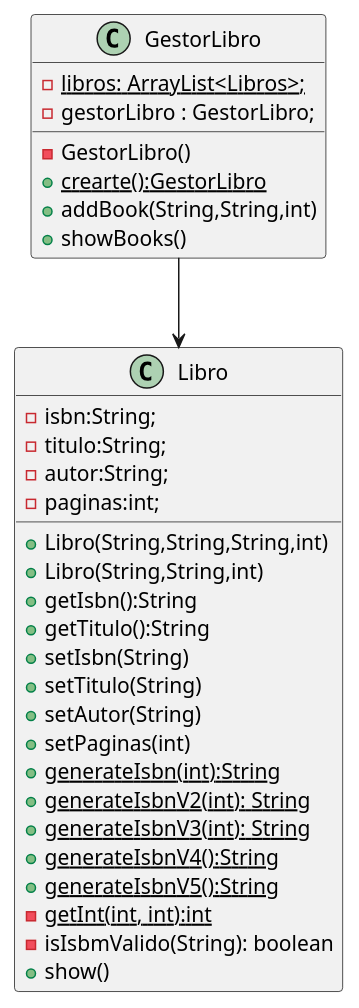
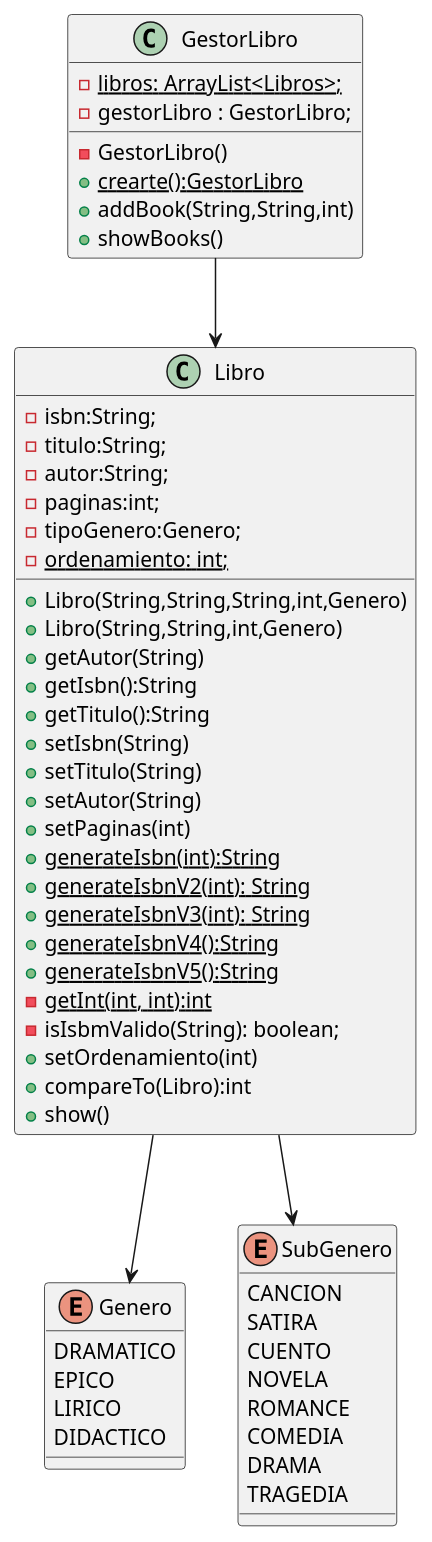
One commit to FacundoSC/Libros changed the diagram in diagramaClases.puml. Above: the diagram before and after it, drawn with PlantUML. The commit also changed 9 other files, not shown here.

```diff
--- a/diagramaClases.puml
+++ b/diagramaClases.puml
@@ -2,36 +2,62 @@
 @startuml
 GestorLibro--> Libro 
 
+Libro --> Genero
+Libro --> SubGenero
 class GestorLibro{
 -{static} libros: ArrayList<Libros>;
 - gestorLibro : GestorLibro;
 - GestorLibro()
 +{static}crearte():GestorLibro
 +addBook(String,String,int)
 +showBooks()
 
 }
 
 class Libro {
    -isbn:String;
    -titulo:String;
    -autor:String;
    -paginas:int;
-   +Libro(String,String,String,int)
-   +Libro(String,String,int)
+   -tipoGenero:Genero;
+   - {static} ordenamiento: int;
+   +Libro(String,String,String,int,Genero)
+   +Libro(String,String,int,Genero)
+   + getAutor(String)
    +getIsbn():String
    +getTitulo():String
    +setIsbn(String)
    +setTitulo(String)
    +setAutor(String)
    +setPaginas(int)
    +{static}generateIsbn(int):String
    +{static}generateIsbnV2(int): String
    +{static}generateIsbnV3(int): String
    +{static}generateIsbnV4():String
    +{static}generateIsbnV5():String
    -{static}getInt(int, int):int
-   - isIsbmValido(String): boolean
+   - isIsbmValido(String): boolean;
+   + setOrdenamiento(int)
+   +compareTo(Libro):int
    + show()
 }
+
+enum Genero {
+      DRAMATICO
+      EPICO
+      LIRICO 
+      DIDACTICO
+
+}
+
+enum SubGenero {
+    CANCION
+    SATIRA
+    CUENTO
+    NOVELA
+    ROMANCE
+    COMEDIA
+    DRAMA
+    TRAGEDIA
+}
 @enduml
```
